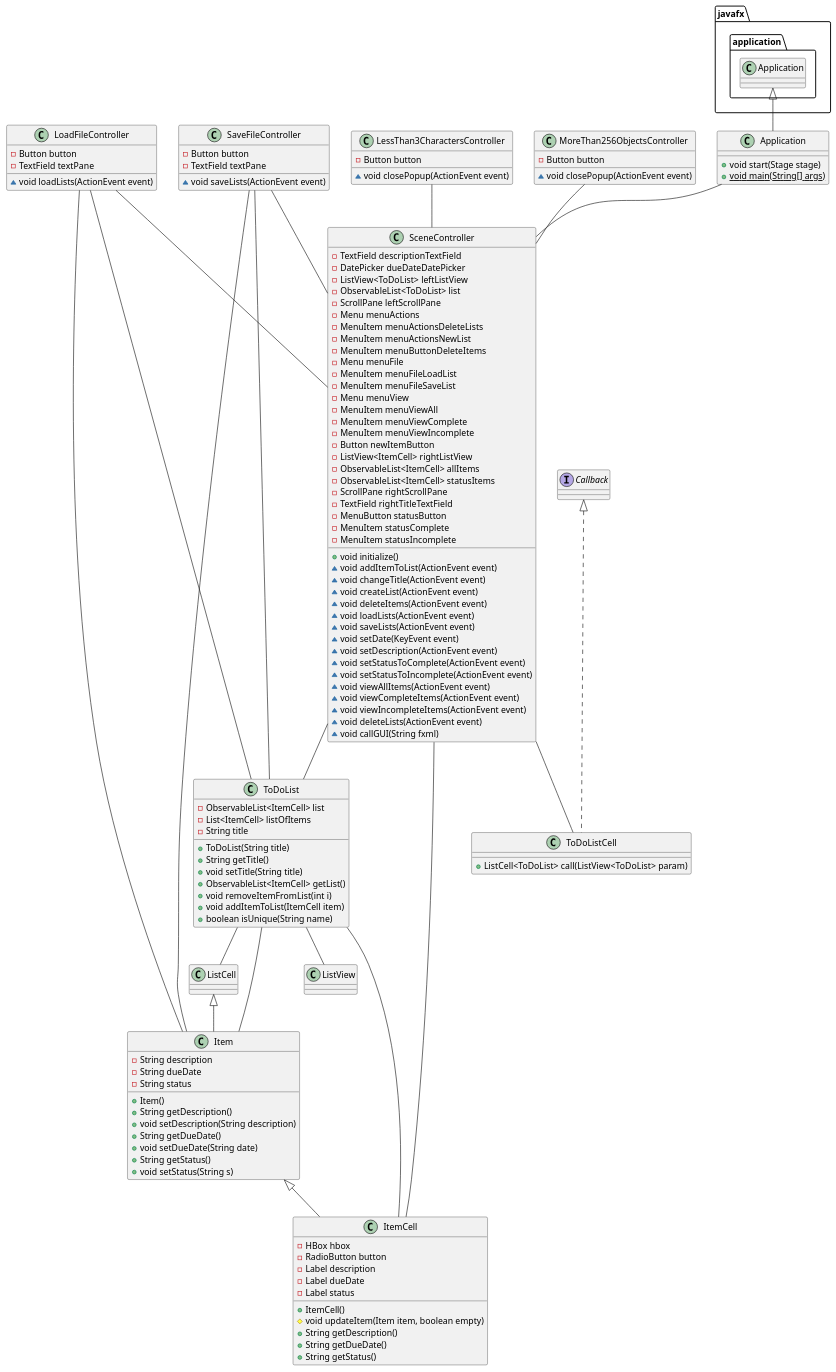
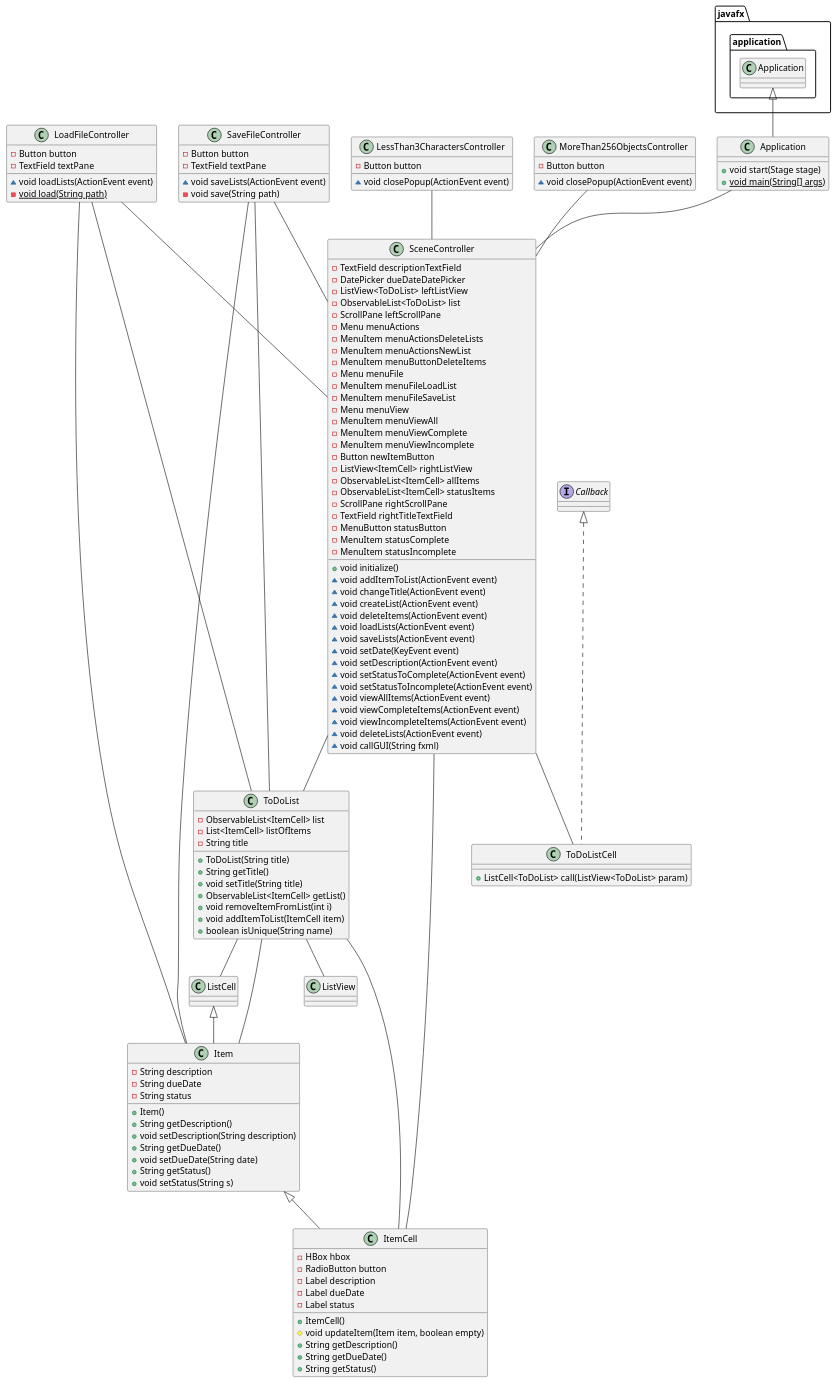
The diagram in glaspey-app1-design/docs/ApplicationUMLDiagram.puml (jkglaspey/glaspey-app1-design), drawn with PlantUML before and after one commit. The commit also changed 13 other files, not shown here.

```diff
--- a/glaspey-app1-design/docs/ApplicationUMLDiagram.puml
+++ b/glaspey-app1-design/docs/ApplicationUMLDiagram.puml
@@ -1,162 +1,164 @@
 @startuml
 
 'Initiates the GUI
 class Application {
 
 'Class only has local variables
 
 '@Override
 +void start(Stage stage)
 + {static} void main(String[] args)
 }
 
 'Stores event data
 class Item {
 -String description
 -String dueDate
 -String status
 
 'Data is only added through mutator methods
 +Item()
 +String getDescription()
 +void setDescription(String description)
 +String getDueDate()
 +void setDueDate(String date)
 +String getStatus()
 +void setStatus(String s)
 }
 
 'Formats Items to be viewed from GUI
 class ItemCell {
 -HBox hbox
 -RadioButton button
 -Label description
 -Label dueDate
 -Label status
 
 +ItemCell()
 '@Override
 #void updateItem(Item item, boolean empty)
 +String getDescription()
 +String getDueDate()
 +String getStatus()
 }
 
 'Alerts user that input must be > 3 characters
 class LessThan3CharactersController {
 -Button button
 ~void closePopup(ActionEvent event)
 
 }
 
 'Allows user to load in previously-saved lists
 class LoadFileController {
 -Button button
 -TextField textPane
 
 ~void loadLists(ActionEvent event)
+-{static} void load(String path)
 }
 
 'Alerts user that there cannot be > 256 of an object
 class MoreThan256ObjectsController {
 -Button button
 
 ~void closePopup(ActionEvent event)
 }
 
 'Allows user to save lists to file
 class SaveFileController {
 -Button button
 -TextField textPane
 
 ~void saveLists(ActionEvent event)
+-void save(String path)
 }
 
 'Controls the main GUI
 class SceneController {
 -TextField descriptionTextField
 -DatePicker dueDateDatePicker
 -ListView<ToDoList> leftListView
 -ObservableList<ToDoList> list
 -ScrollPane leftScrollPane
 -Menu menuActions
 -MenuItem menuActionsDeleteLists
 -MenuItem menuActionsNewList
 -MenuItem menuButtonDeleteItems
 -Menu menuFile
 -MenuItem menuFileLoadList
 -MenuItem menuFileSaveList
 -Menu menuView
 -MenuItem menuViewAll
 -MenuItem menuViewComplete
 -MenuItem menuViewIncomplete
 -Button newItemButton
 -ListView<ItemCell> rightListView
 -ObservableList<ItemCell> allItems
 -ObservableList<ItemCell> statusItems
 -ScrollPane rightScrollPane
 -TextField rightTitleTextField
 -MenuButton statusButton
 -MenuItem statusComplete
 -MenuItem statusIncomplete
 
 +void initialize()
 ~void addItemToList(ActionEvent event)
 ~void changeTitle(ActionEvent event)
 ~void createList(ActionEvent event)
 ~void deleteItems(ActionEvent event)
 ~void loadLists(ActionEvent event)
 ~void saveLists(ActionEvent event)
 ~void setDate(KeyEvent event)
 ~void setDescription(ActionEvent event)
 ~void setStatusToComplete(ActionEvent event)
 ~void setStatusToIncomplete(ActionEvent event)
 ~void viewAllItems(ActionEvent event)
 ~void viewCompleteItems(ActionEvent event)
 ~void viewIncompleteItems(ActionEvent event)
 ~void deleteLists(ActionEvent event)
 'Not @FXML
 ~void callGUI(String fxml)
 }
 
 'Stores groups of events
 class ToDoList {
 -ObservableList<ItemCell> list
 -List<ItemCell> listOfItems
 -String title
 
 +ToDoList(String title)
 +String getTitle()
 +void setTitle(String title)
 +ObservableList<ItemCell> getList()
 +void removeItemFromList(int i)
 +void addItemToList(ItemCell item)
 +boolean isUnique(String name)
 }
 
 class ToDoListCell implements Callback{
 '@Override
 +ListCell<ToDoList> call(ListView<ToDoList> param)
 }
 
 javafx.application.Application <|-- Application
 Item <|-- ItemCell
 ListCell <|-- Item
 LessThan3CharactersController -- SceneController
 LoadFileController -- SceneController
 LoadFileController -- Item
 LoadFileController -- ToDoList
 MoreThan256ObjectsController -- SceneController
 SaveFileController -- SceneController
 SaveFileController -- Item
 SaveFileController -- ToDoList
 SceneController -- ToDoList
 SceneController -- ToDoListCell
 SceneController -- ItemCell
 ToDoList -- ItemCell
 ToDoList -- Item
 ToDoList -- ListView
 ToDoList -- ListCell
 Application -- SceneController
 
 @enduml
```
